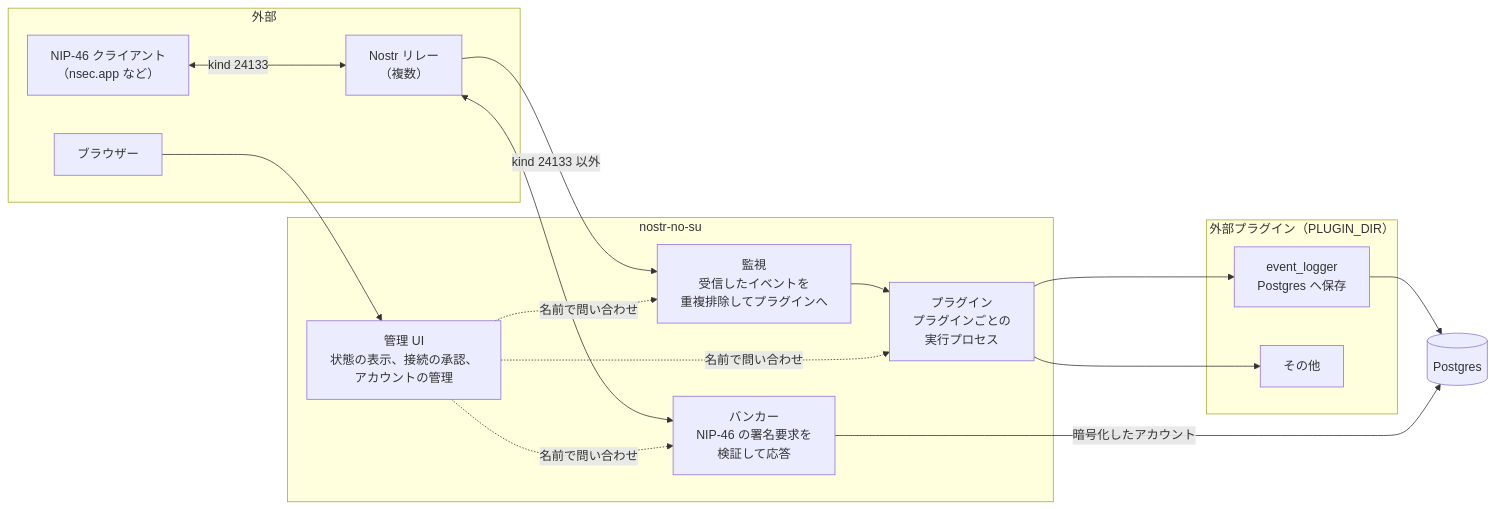
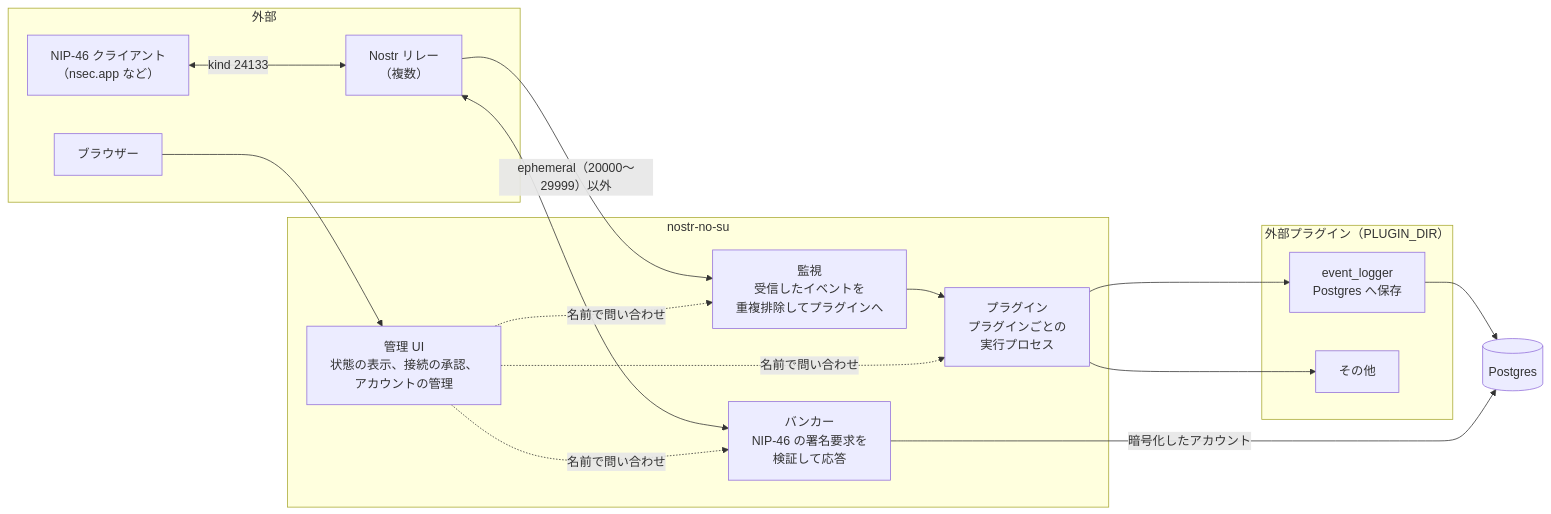
The first of 9 diagrams in docs/architecture.md (neverclear86/nostr-no-su), drawn with Mermaid before and after one commit. The commit also changed other lines of this file and 8 other files, not shown here.

First line of the commit message:
feat: 監視から除外する kind を Monitor の仕様で設定可能にする (#187)

````diff
--- a/docs/architecture.md
+++ b/docs/architecture.md
@@ -15,33 +15,33 @@
 ```mermaid
 flowchart LR
     subgraph external["外部"]
         relays["Nostr リレー<br/>（複数）"]
         client["NIP-46 クライアント<br/>（nsec.app など）"]
         browser["ブラウザー"]
     end
 
     subgraph host["nostr-no-su"]
         monitor["監視<br/>受信したイベントを<br/>重複排除してプラグインへ"]
         bunker["バンカー<br/>NIP-46 の署名要求を<br/>検証して応答"]
         plugins["プラグイン<br/>プラグインごとの<br/>実行プロセス"]
         admin["管理 UI<br/>状態の表示、接続の承認、<br/>アカウントの管理"]
     end
 
     subgraph ext_plugins["外部プラグイン（PLUGIN_DIR）"]
         event_logger["event_logger<br/>Postgres へ保存"]
         others["その他"]
     end
 
-    relays -->|"kind 24133 以外"| monitor
+    relays -->|"ephemeral（20000〜29999）以外"| monitor
     monitor --> plugins
     plugins --> event_logger
     plugins --> others
     client <-->|"kind 24133"| relays
     relays <--> bunker
     browser --> admin
     admin -.->|"名前で問い合わせ"| monitor
     admin -.->|"名前で問い合わせ"| bunker
     admin -.->|"名前で問い合わせ"| plugins
     event_logger --> postgres[("Postgres")]
     bunker -->|"暗号化したアカウント"| postgres
 ```
````
